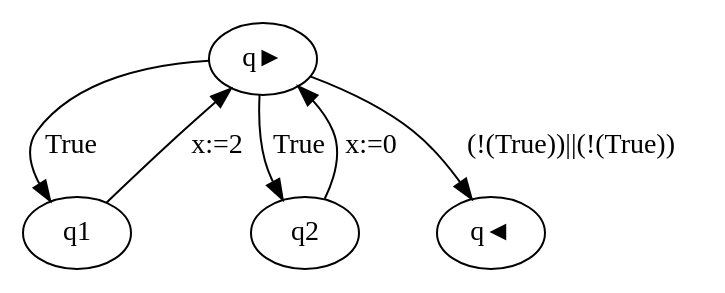
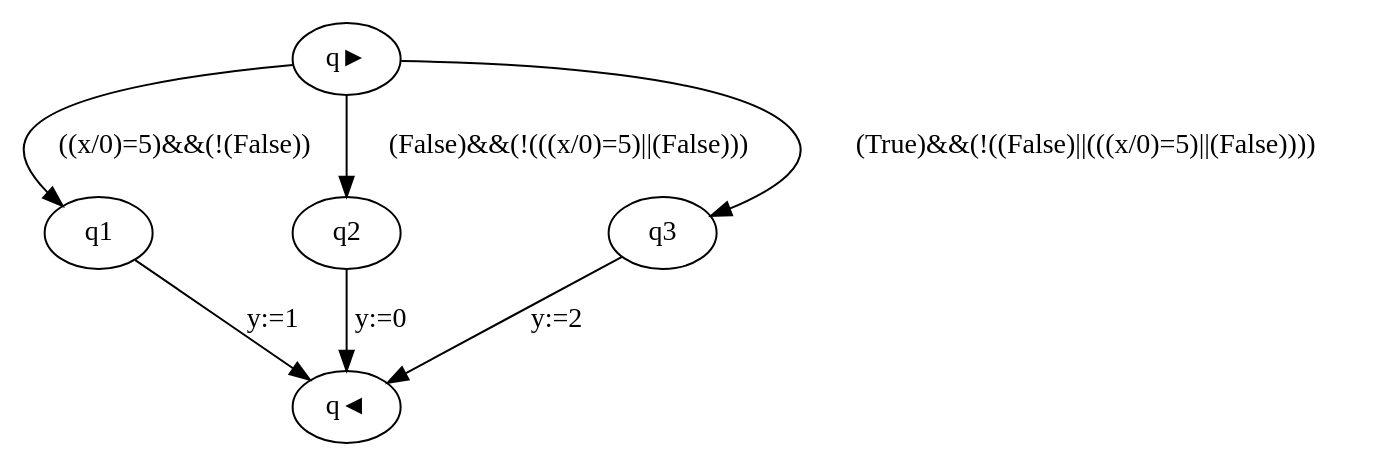
One commit to JepMik/GCL-Build-Analyse-Tool changed the diagram in graph.dot. Above: the diagram before and after it, drawn with Graphviz. The commit also changed 3 other files, not shown here.

```diff
--- a/graph.dot
+++ b/graph.dot
@@ -1,7 +1,8 @@
 strict digraph {
-q► -> q1[label="True"];
-q1 -> q►[label="x:=2"];
-q► -> q2[label="True"];
-q2 -> q►[label="x:=0"];
-q► -> q◄[label="(!(True))||(!(True))"];
+q► -> q1[label="((x/0)=5)&&(!(False))"];
+q1 -> q◄[label="y:=1"];
+q► -> q2[label="(False)&&(!(((x/0)=5)||(False)))"];
+q2 -> q◄[label="y:=0"];
+q► -> q3[label="(True)&&(!((False)||(((x/0)=5)||(False))))"];
+q3 -> q◄[label="y:=2"];
 }
```
